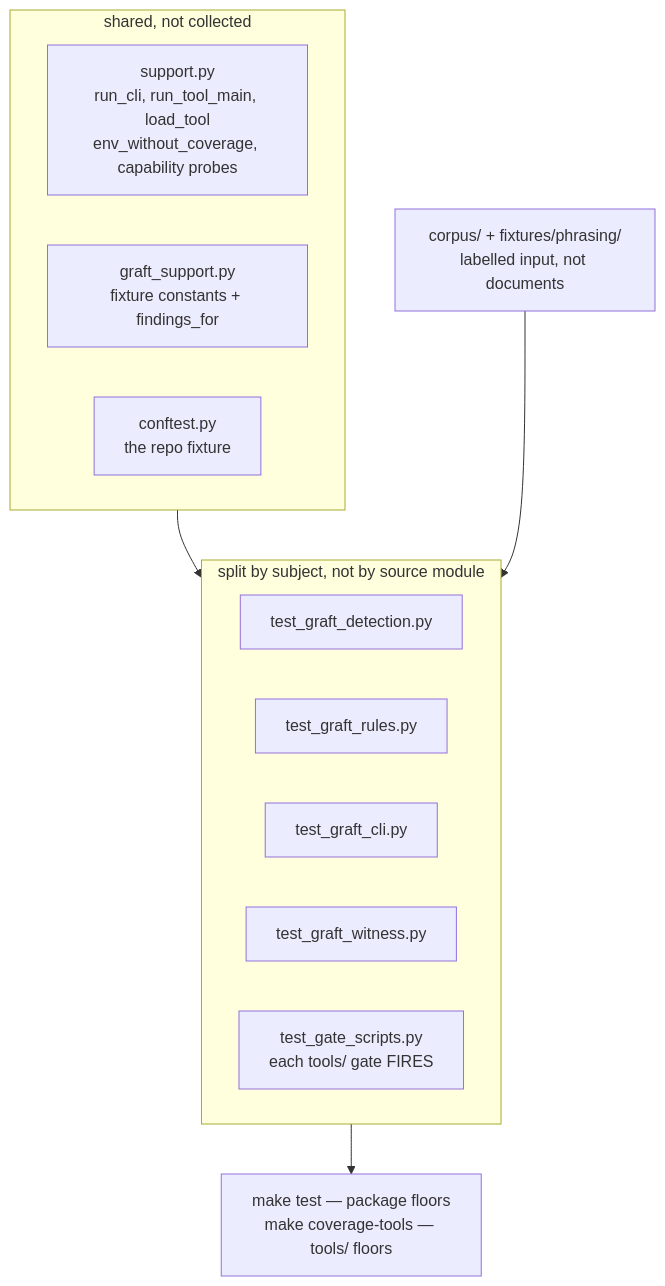
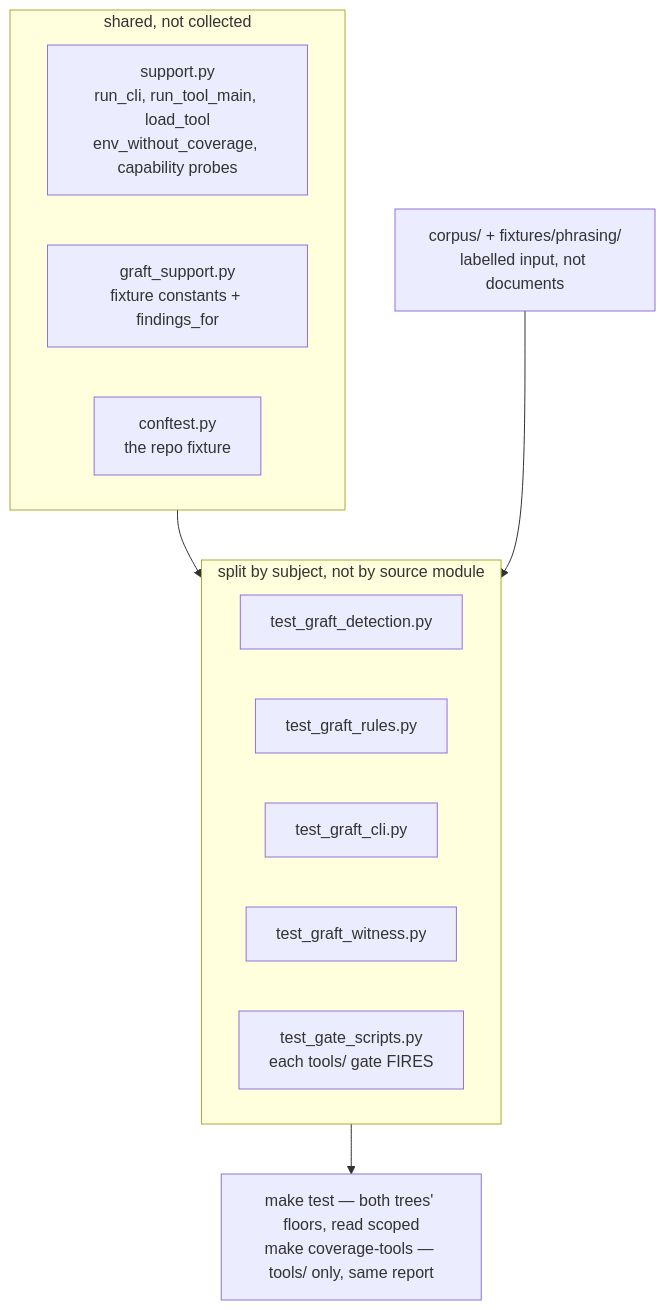
Before and after one commit to ianshank/planlint: the diagram in tests/AGENTS.md, drawn with Mermaid. The commit also changed other lines of this file and 17 other files, not shown here.

Commit message:
M2 — measure cheaper: one coverage run with both floors scoped, a per-file report, floors from the minimum leg (plan W7.2, W7.3, W7.1) (#41)

````diff
--- a/tests/AGENTS.md
+++ b/tests/AGENTS.md
@@ -8,18 +8,18 @@
 ```mermaid
 flowchart TD
     subgraph shared["shared, not collected"]
         sup["support.py<br/>run_cli, run_tool_main, load_tool<br/>env_without_coverage, capability probes"]
         gs["graft_support.py<br/>fixture constants + findings_for"]
         cf["conftest.py<br/>the repo fixture"]
     end
     subgraph subject["split by subject, not by source module"]
         d["test_graft_detection.py"]
         r["test_graft_rules.py"]
         c["test_graft_cli.py"]
         w["test_graft_witness.py"]
         g["test_gate_scripts.py<br/>each tools/ gate FIRES"]
     end
     shared --> subject
-    subject --> floors["make test — package floors<br/>make coverage-tools — tools/ floors"]
+    subject --> floors["make test — both trees' floors, read scoped<br/>make coverage-tools — tools/ only, same report"]
     corpus["corpus/ + fixtures/phrasing/<br/>labelled input, not documents"] --> subject
 ```
````
